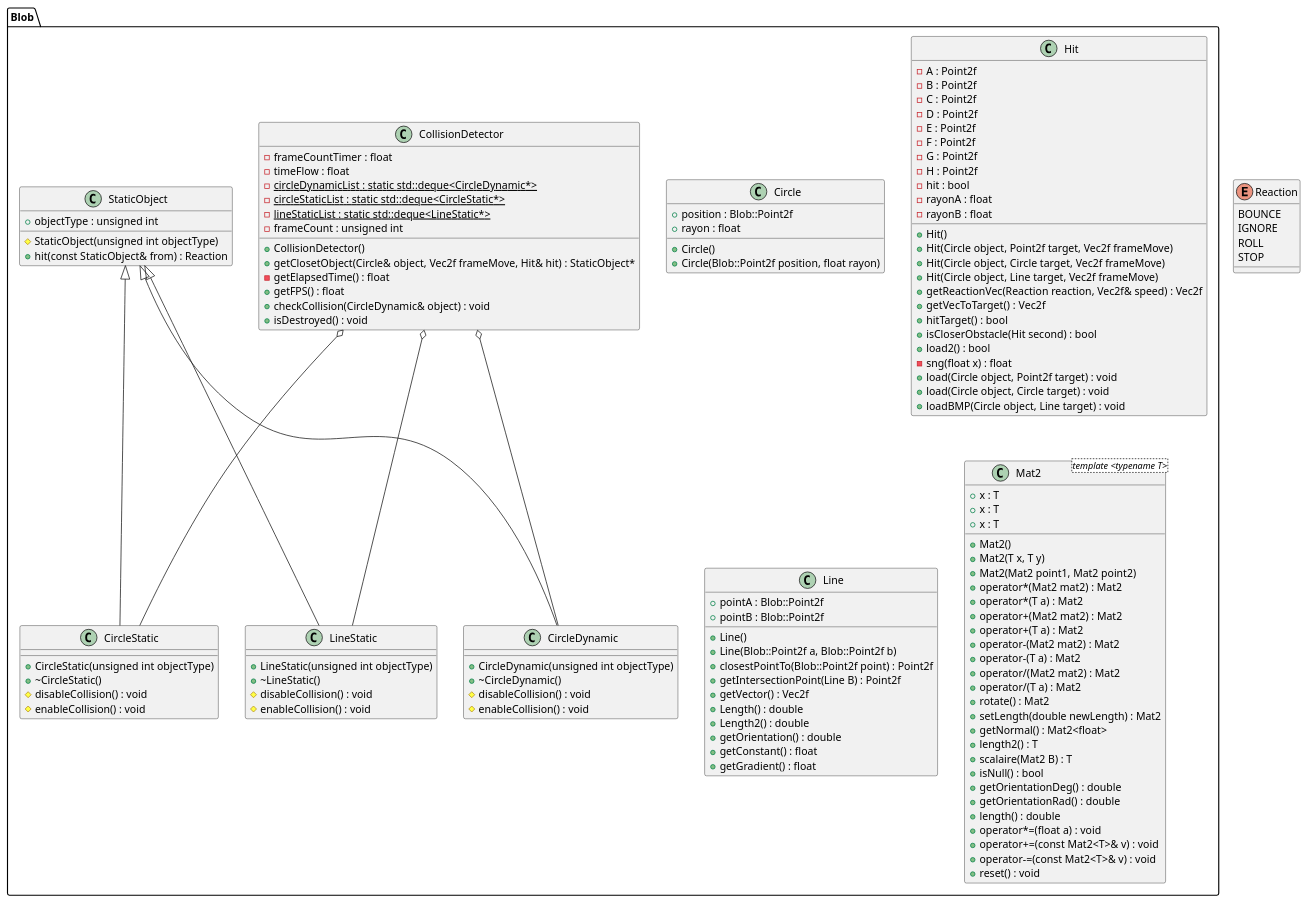
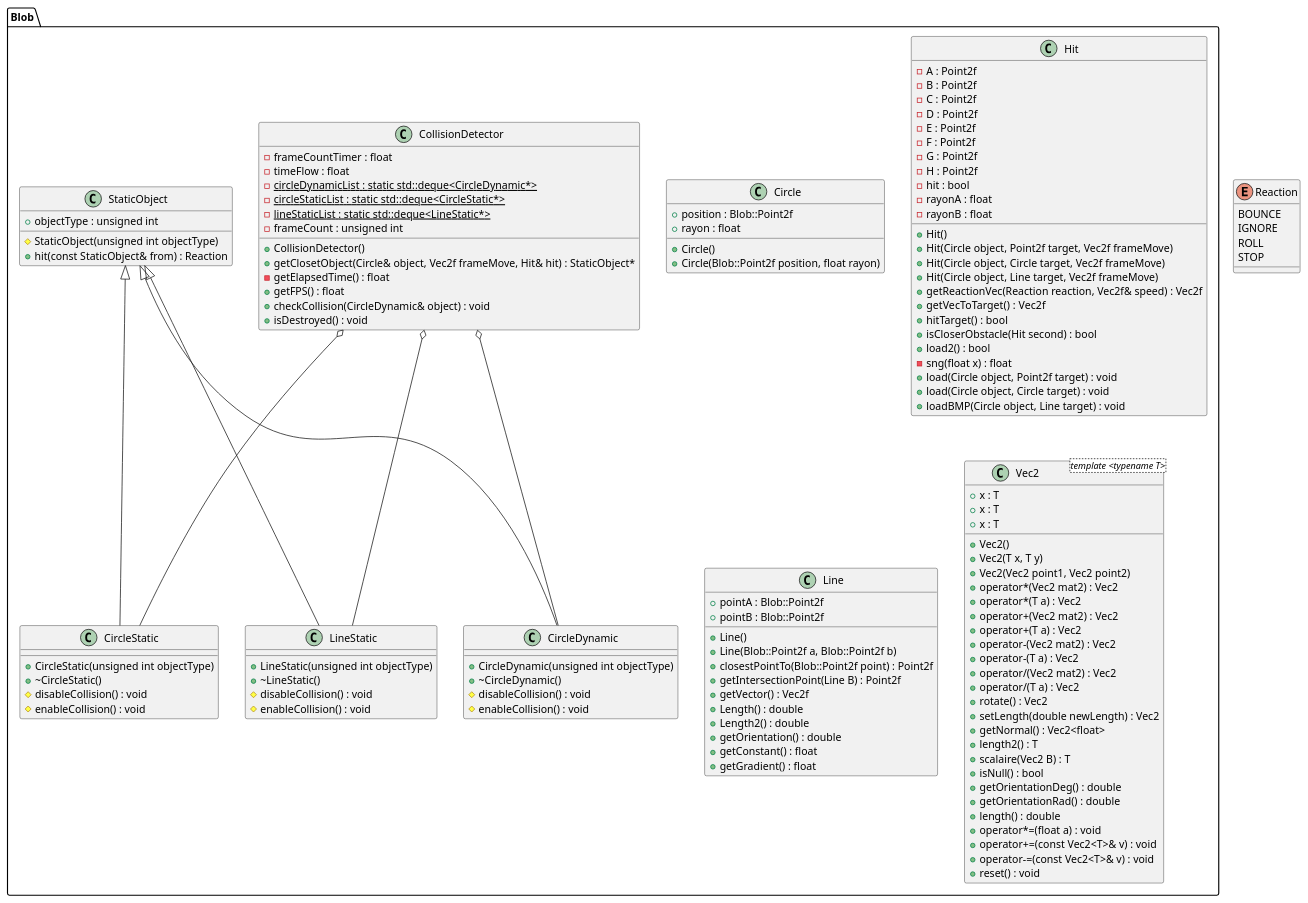
Before and after one commit to alexdesaint/BlobEngine: the diagram in include/Blob/BLobEngine.puml, drawn with PlantUML. The commit also changed 7 other files, not shown here.

```diff
--- a/include/Blob/BLobEngine.puml
+++ b/include/Blob/BLobEngine.puml
@@ -113,23 +113,23 @@
 
 
 namespace Blob {
-	class Mat2 <template <typename T>> {
-		+Mat2()
-		+Mat2(T x, T y)
-		+Mat2(Mat2 point1, Mat2 point2)
-		+operator*(Mat2 mat2) : Mat2
-		+operator*(T a) : Mat2
-		+operator+(Mat2 mat2) : Mat2
-		+operator+(T a) : Mat2
-		+operator-(Mat2 mat2) : Mat2
-		+operator-(T a) : Mat2
-		+operator/(Mat2 mat2) : Mat2
-		+operator/(T a) : Mat2
-		+rotate() : Mat2
-		+setLength(double newLength) : Mat2
-		+getNormal() : Mat2<float>
+	class Vec2 <template <typename T>> {
+		+Vec2()
+		+Vec2(T x, T y)
+		+Vec2(Vec2 point1, Vec2 point2)
+		+operator*(Vec2 mat2) : Vec2
+		+operator*(T a) : Vec2
+		+operator+(Vec2 mat2) : Vec2
+		+operator+(T a) : Vec2
+		+operator-(Vec2 mat2) : Vec2
+		+operator-(T a) : Vec2
+		+operator/(Vec2 mat2) : Vec2
+		+operator/(T a) : Vec2
+		+rotate() : Vec2
+		+setLength(double newLength) : Vec2
+		+getNormal() : Vec2<float>
 		+length2() : T
-		+scalaire(Mat2 B) : T
+		+scalaire(Vec2 B) : T
 		+x : T
 		+x : T
 		+x : T
@@ -138,8 +138,8 @@
 		+getOrientationRad() : double
 		+length() : double
 		+operator*=(float a) : void
-		+operator+=(const Mat2<T>& v) : void
-		+operator-=(const Mat2<T>& v) : void
+		+operator+=(const Vec2<T>& v) : void
+		+operator-=(const Vec2<T>& v) : void
 		+reset() : void
 	}
 }
```
